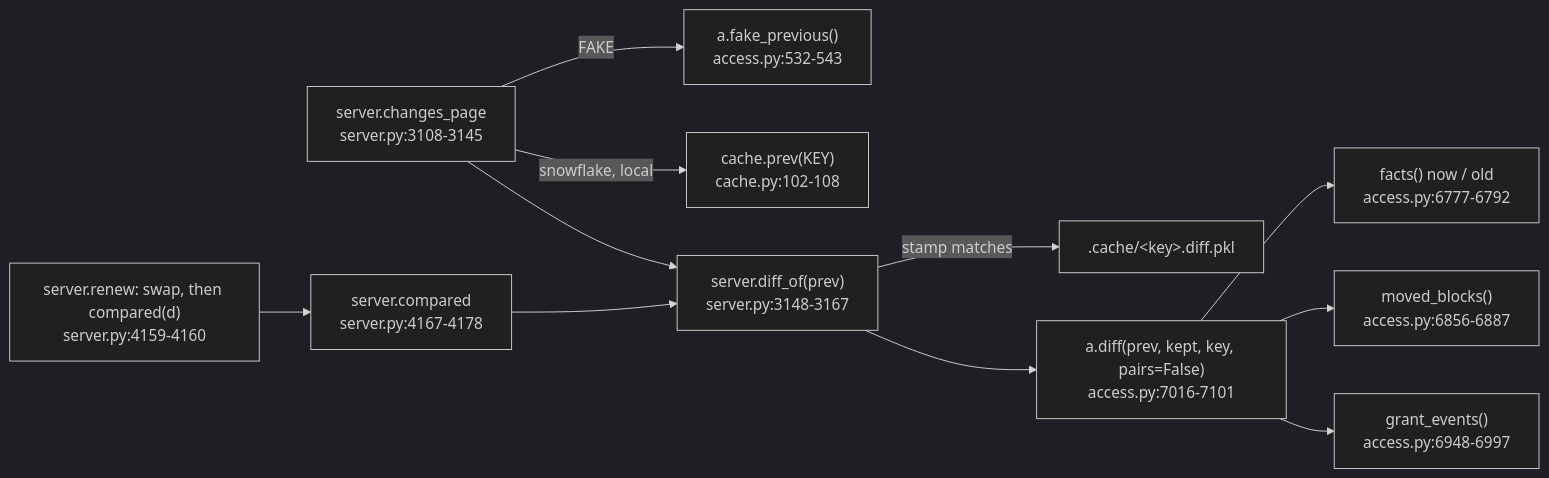
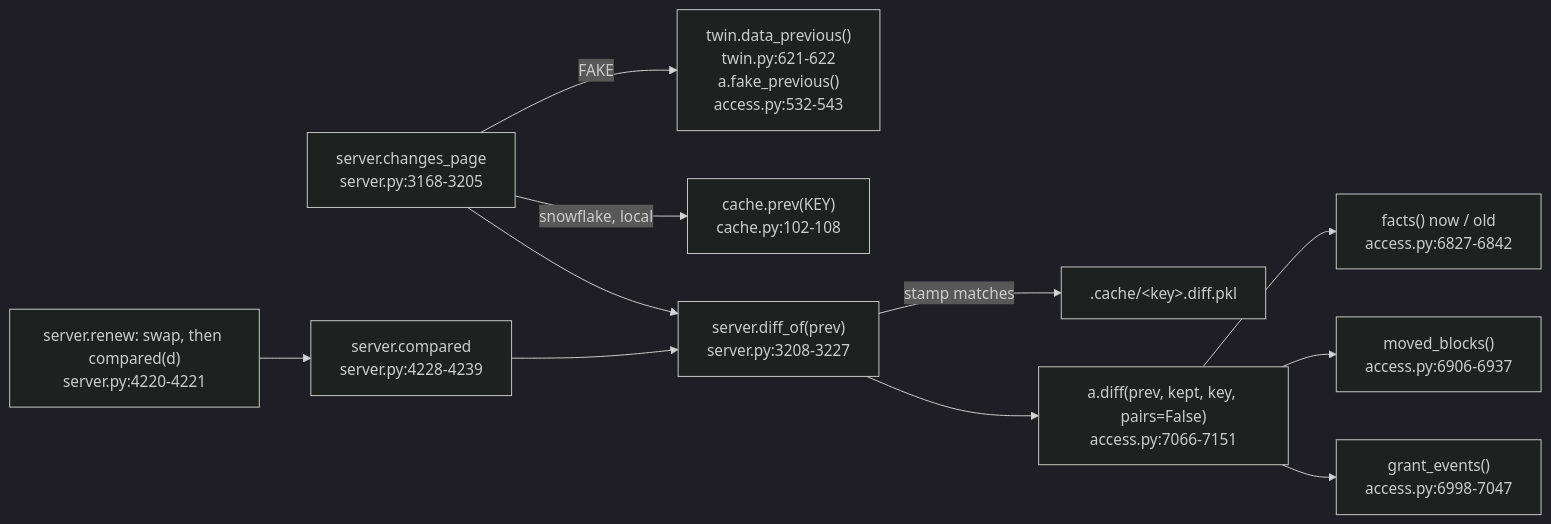
Before and after one commit to darshanmeel/snowflake-access-explorer: the diagram in snowflake-access-explorer-knowledge-graph/logic/diff.md, drawn with Mermaid (dark theme). The commit also changed other lines of this file and 90 other files, not shown here.

Commit message:
Knowledge graph: up to date with the left-nav sections, Can they?, Compare, What if and risk tables

````diff
--- a/snowflake-access-explorer-knowledge-graph/logic/diff.md
+++ b/snowflake-access-explorer-knowledge-graph/logic/diff.md
@@ -6,13 +6,13 @@
 ```mermaid
 flowchart LR
-  RN["server.renew: swap, then compared(d)<br/>server.py:4159-4160"] --> CMP["server.compared<br/>server.py:4167-4178"]
-  CP["server.changes_page<br/>server.py:3108-3145"] -->|FAKE| FP["a.fake_previous()<br/>access.py:532-543"]
+  RN["server.renew: swap, then compared(d)<br/>server.py:4220-4221"] --> CMP["server.compared<br/>server.py:4228-4239"]
+  CP["server.changes_page<br/>server.py:3168-3205"] -->|FAKE| FP["twin.data_previous()<br/>twin.py:621-622<br/>a.fake_previous()<br/>access.py:532-543"]
   CP -->|snowflake, local| PR["cache.prev(KEY)<br/>cache.py:102-108"]
-  CP --> DO["server.diff_of(prev)<br/>server.py:3148-3167"]
+  CP --> DO["server.diff_of(prev)<br/>server.py:3208-3227"]
   CMP --> DO
   DO -->|stamp matches| PK[".cache/&lt;key&gt;.diff.pkl"]
-  DO --> D["a.diff(prev, kept, key, pairs=False)<br/>access.py:7016-7101"]
-  D --> FN["facts() now / old<br/>access.py:6777-6792"]
-  D --> MB["moved_blocks()<br/>access.py:6856-6887"]
-  D --> GE["grant_events()<br/>access.py:6948-6997"]
+  DO --> D["a.diff(prev, kept, key, pairs=False)<br/>access.py:7066-7151"]
+  D --> FN["facts() now / old<br/>access.py:6827-6842"]
+  D --> MB["moved_blocks()<br/>access.py:6906-6937"]
+  D --> GE["grant_events()<br/>access.py:6998-7047"]
 ```
````
